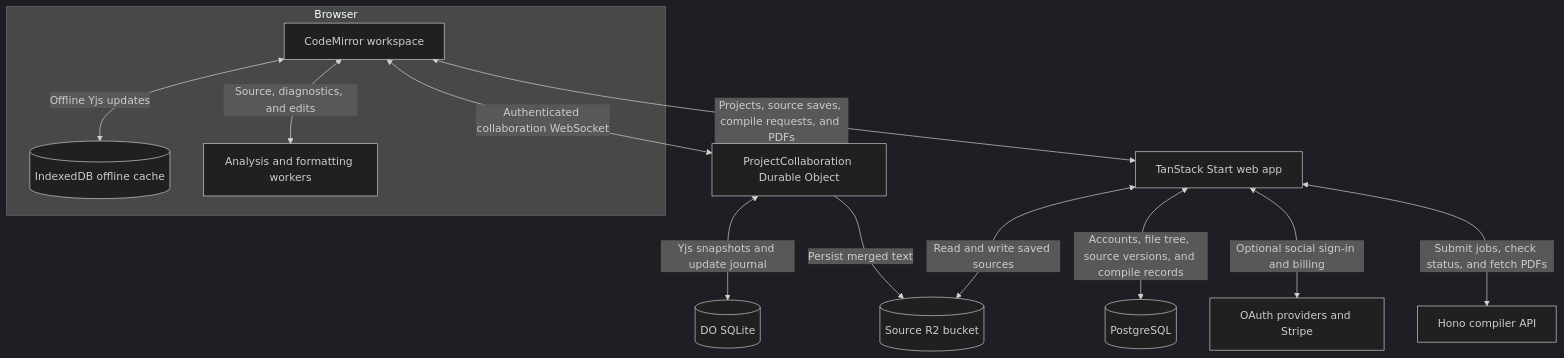
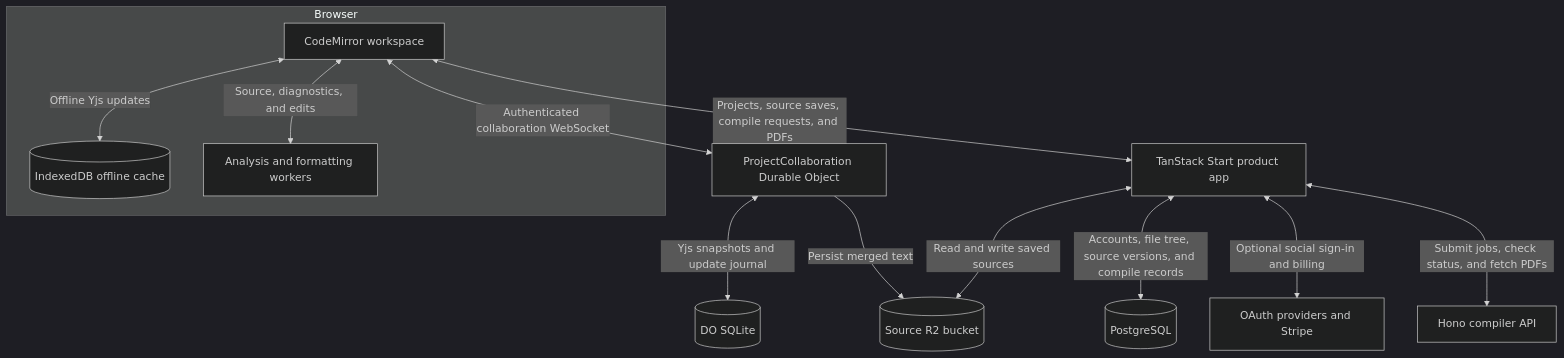
The first of 2 diagrams in README.md (texfolia/texfolia), drawn with Mermaid (dark theme) before and after one commit. The commit also changed other lines of this file and 482 other files, not shown here.

First line of the commit message:
refactor: split product app and marketing site into apps/app and apps/web (#100)

````diff
--- a/README.md
+++ b/README.md
@@ -49,19 +53,19 @@
 ```mermaid
 flowchart TD
     subgraph Browser["Browser"]
         Editor["CodeMirror workspace"]
         Drafts[("IndexedDB offline cache")]
         Workers["Analysis and formatting workers"]
         Editor <-->|Offline Yjs updates| Drafts
         Editor <-->|Source, diagnostics, and edits| Workers
     end
 
     Editor <-->|Authenticated collaboration WebSocket| Collaboration["ProjectCollaboration Durable Object"]
     Collaboration <-->|Yjs snapshots and update journal| SQLite[("DO SQLite")]
     Collaboration -->|Persist merged text| R2[("Source R2 bucket")]
-    Editor <-->|Projects, source saves, compile requests, and PDFs| Web["TanStack Start web app"]
-    Web <-->|Read and write saved sources| R2
-    Web <-->|Accounts, file tree, source versions, and compile records| DB[("PostgreSQL")]
-    Web <-->|Optional social sign-in and billing| Services["OAuth providers and Stripe"]
-    Web <-->|Submit jobs, check status, and fetch PDFs| Compiler["Hono compiler API"]
+    Editor <-->|Projects, source saves, compile requests, and PDFs| App["TanStack Start product app"]
+    App <-->|Read and write saved sources| R2
+    App <-->|Accounts, file tree, source versions, and compile records| DB[("PostgreSQL")]
+    App <-->|Optional social sign-in and billing| Services["OAuth providers and Stripe"]
+    App <-->|Submit jobs, check status, and fetch PDFs| Compiler["Hono compiler API"]
 ```
````
